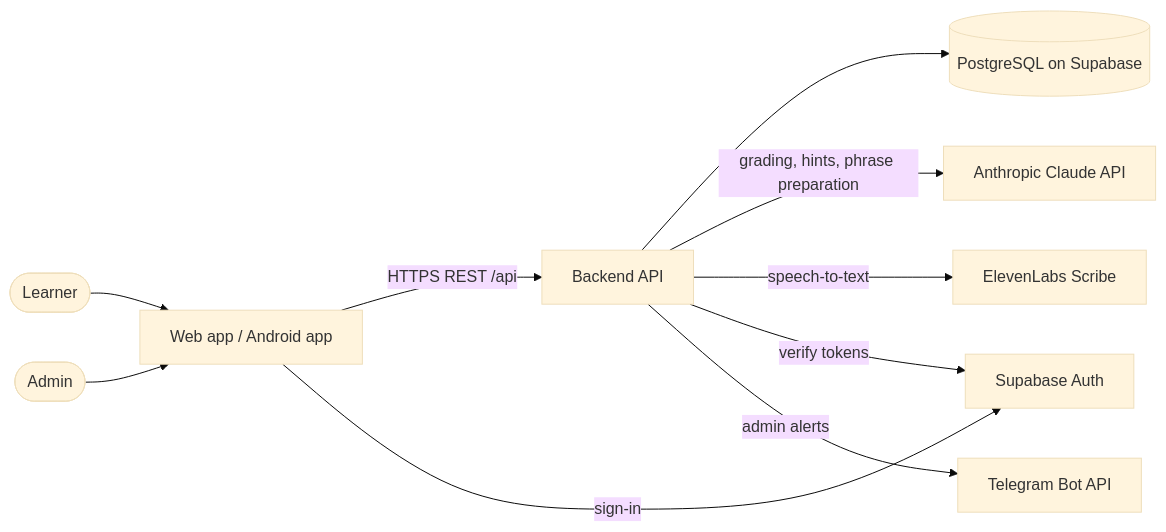
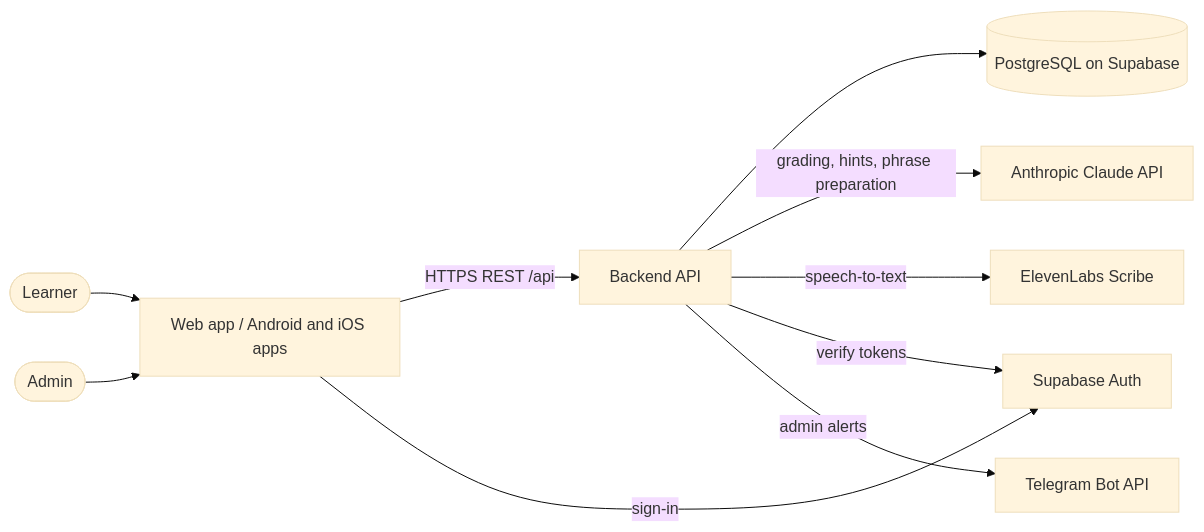
The diagram in docs/architecture/system-overview.md (agzyamov/turkish-speaking-trainer), drawn with Mermaid (base theme) before and after one commit. The commit also changed other lines of this file and 63 other files, not shown here.

````diff
--- a/docs/architecture/system-overview.md
+++ b/docs/architecture/system-overview.md
@@ -20,12 +20,12 @@
 ```mermaid
 flowchart LR
-    learner([Learner]) --> client[Web app / Android app]
+    learner([Learner]) --> client[Web app / Android and iOS apps]
     admin([Admin]) --> client
     client -->|HTTPS REST /api| backend[Backend API]
     client -->|sign-in| supaauth[Supabase Auth]
     backend --> db[(PostgreSQL on Supabase)]
     backend -->|grading, hints, phrase preparation| claude[Anthropic Claude API]
     backend -->|speech-to-text| eleven[ElevenLabs Scribe]
     backend -->|verify tokens| supaauth
     backend -->|admin alerts| telegram[Telegram Bot API]
 ```
````
